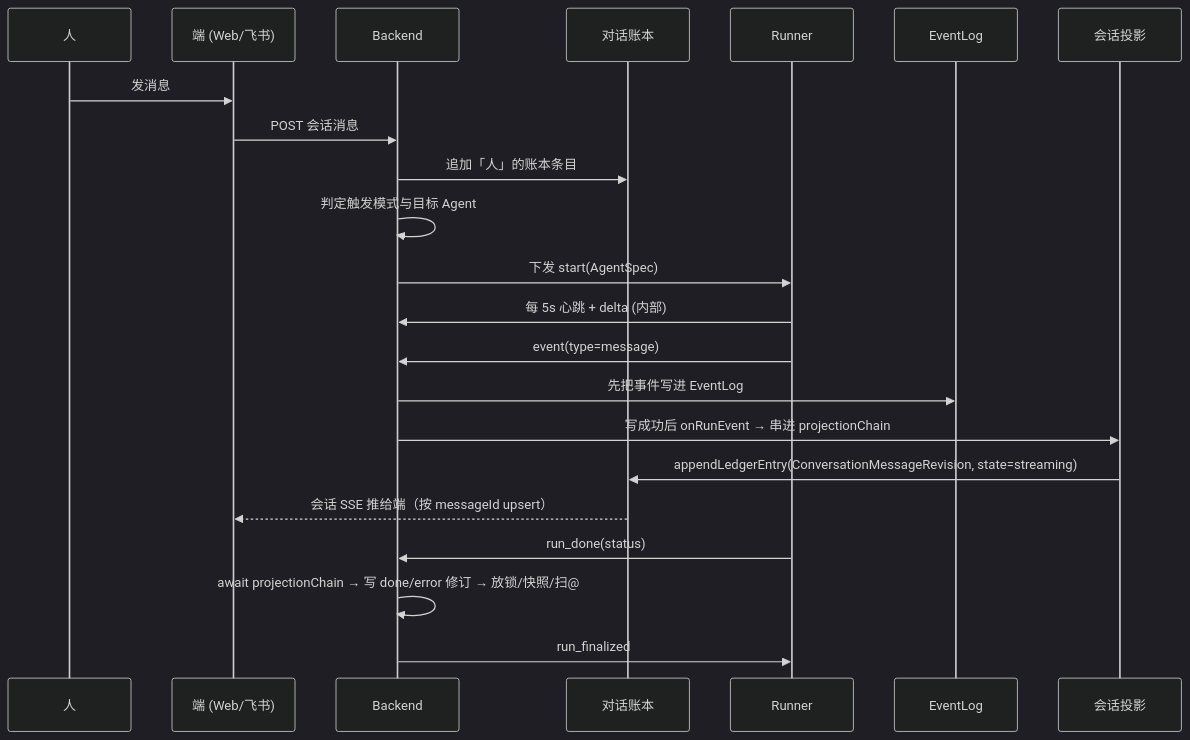
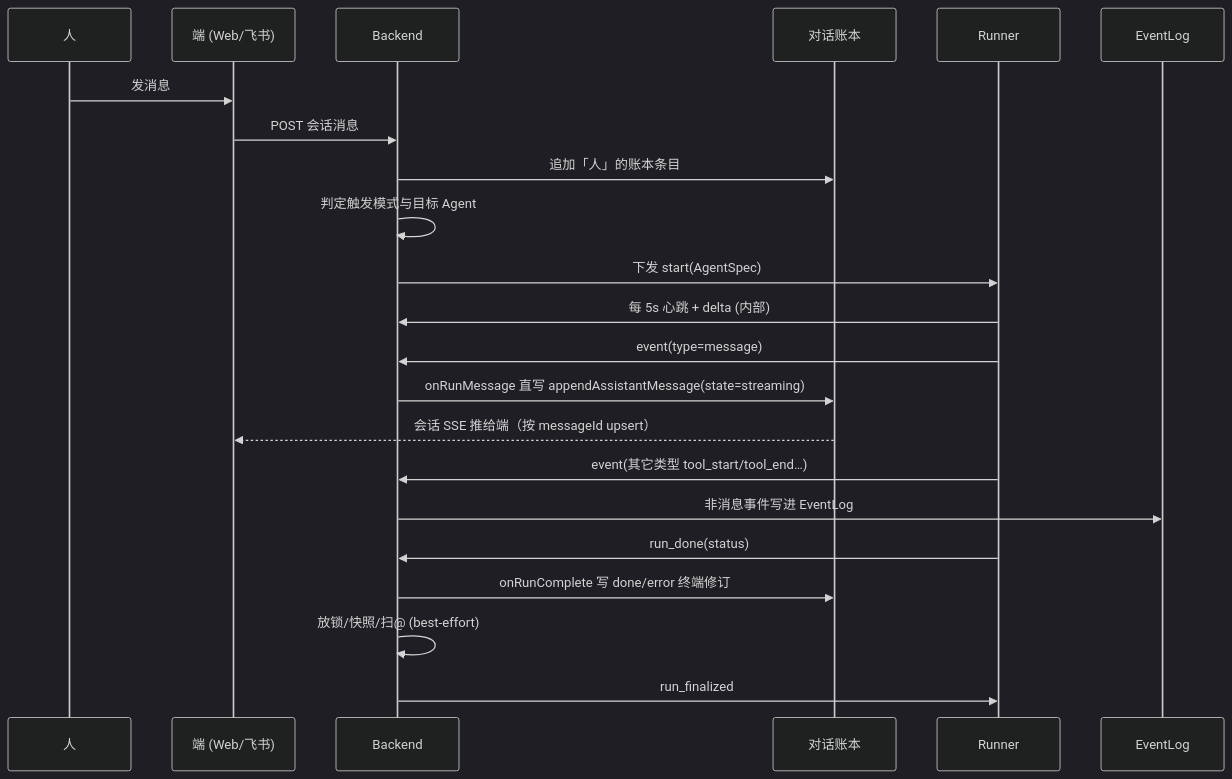
One commit to Chengchcc/my-agent-team changed the second of 2 diagrams in docs/architecture/system-overview.md. Above: the diagram before and after it, drawn with Mermaid (dark theme). The commit also changed other lines of this file and 21 other files, not shown here.

First line of the commit message:
docs(docs): sync arch wiki to onRunMessage model, add Issue/Orchestrator pages

````diff
--- a/docs/architecture/system-overview.md
+++ b/docs/architecture/system-overview.md
@@ -88,25 +85,25 @@
 ```mermaid
 sequenceDiagram
   participant H as 人
   participant S as 端 (Web/飞书)
   participant B as Backend
   participant L as 对话账本
   participant R as Runner
   participant E as EventLog
-  participant P as 会话投影
 
   H->>S: 发消息
   S->>B: POST 会话消息
   B->>L: 追加「人」的账本条目
   B->>B: 判定触发模式与目标 Agent
   B->>R: 下发 start(AgentSpec)
   R->>B: 每 5s 心跳 + delta (内部)
   R->>B: event(type=message)
-  B->>E: 先把事件写进 EventLog
-  B->>P: 写成功后 onRunEvent → 串进 projectionChain
-  P->>L: appendLedgerEntry(ConversationMessageRevision, state=streaming)
+  B->>L: onRunMessage 直写 appendAssistantMessage(state=streaming)
   L-->>S: 会话 SSE 推给端（按 messageId upsert）
+  R->>B: event(其它类型 tool_start/tool_end…)
+  B->>E: 非消息事件写进 EventLog
   R->>B: run_done(status)
-  B->>B: await projectionChain → 写 done/error 修订 → 放锁/快照/扫@
+  B->>L: onRunComplete 写 done/error 终端修订
+  B->>B: 放锁/快照/扫@ (best-effort)
   B->>R: run_finalized
 ```
````
